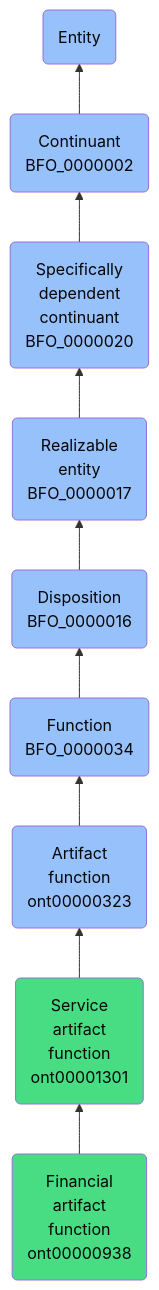
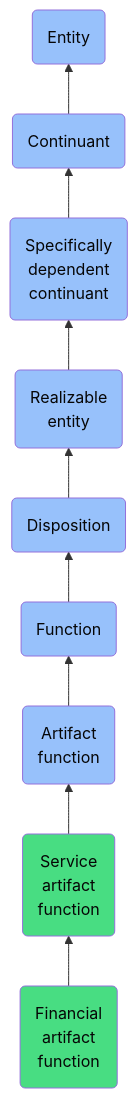
One commit to jupyter-naas/abi changed the diagram in docs/ontology/reference/model/Entity/Continuant/Specifically dependent continuant/Realizable entity/Disposition/Function/Artifact function/Service artifact function/Financial artifact function/Financial artifact function.md. Above: the diagram before and after it, drawn with Mermaid. The commit also changed other lines of this file and 1430 other files, not shown here.

````diff
--- a/docs/ontology/reference/model/Entity/Continuant/Specifically dependent continuant/Realizable entity/Disposition/Function/Artifact function/Service artifact function/Financial artifact function/Financial artifact function.md
+++ b/docs/ontology/reference/model/Entity/Continuant/Specifically dependent continuant/Realizable entity/Disposition/Function/Artifact function/Service artifact function/Financial artifact function/Financial artifact function.md
@@ -24,16 +24,16 @@
 ```mermaid
 graph BT
-    ont00000938(Financial<br>artifact<br>function<br>ont00000938):::ABI-->ont00001301
-    ont00001301(Service<br>artifact<br>function<br>ont00001301):::ABI-->ont00000323
-    ont00000323(Artifact<br>function<br>ont00000323):::BFO-->BFO_0000034
-    BFO_0000034(Function<br>BFO_0000034):::BFO-->BFO_0000016
-    BFO_0000016(Disposition<br>BFO_0000016):::BFO-->BFO_0000017
-    BFO_0000017(Realizable<br>entity<br>BFO_0000017):::BFO-->BFO_0000020
-    BFO_0000020(Specifically<br>dependent<br>continuant<br>BFO_0000020):::BFO-->BFO_0000002
-    BFO_0000002(Continuant<br>BFO_0000002):::BFO-->BFO_0000001
+    ont00000938(Financial<br>artifact<br>function):::ABI-->ont00001301
+    ont00001301(Service<br>artifact<br>function):::ABI-->ont00000323
+    ont00000323(Artifact<br>function):::BFO-->BFO_0000034
+    BFO_0000034(Function):::BFO-->BFO_0000016
+    BFO_0000016(Disposition):::BFO-->BFO_0000017
+    BFO_0000017(Realizable<br>entity):::BFO-->BFO_0000020
+    BFO_0000020(Specifically<br>dependent<br>continuant):::BFO-->BFO_0000002
+    BFO_0000002(Continuant):::BFO-->BFO_0000001
     BFO_0000001(Entity):::BFO
     
     classDef BFO fill:#97c1fb,color:#060606
     classDef CCO fill:#e4c51e,color:#060606
     classDef ABI fill:#48DD82,color:#060606
 ```
````
